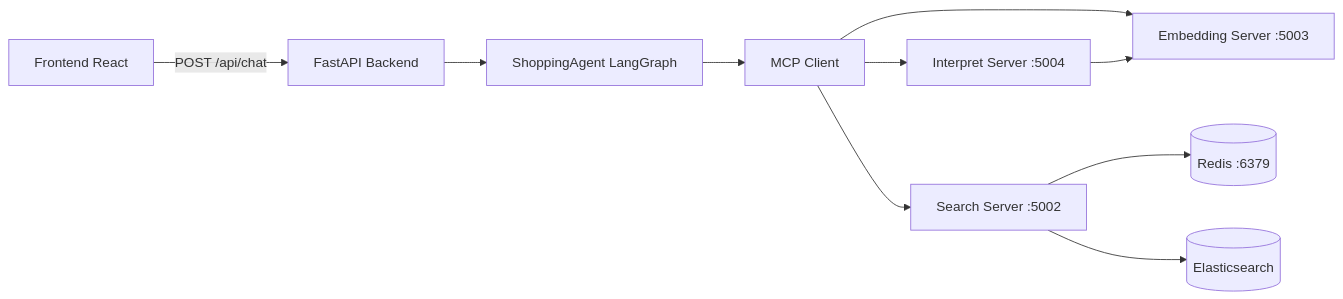
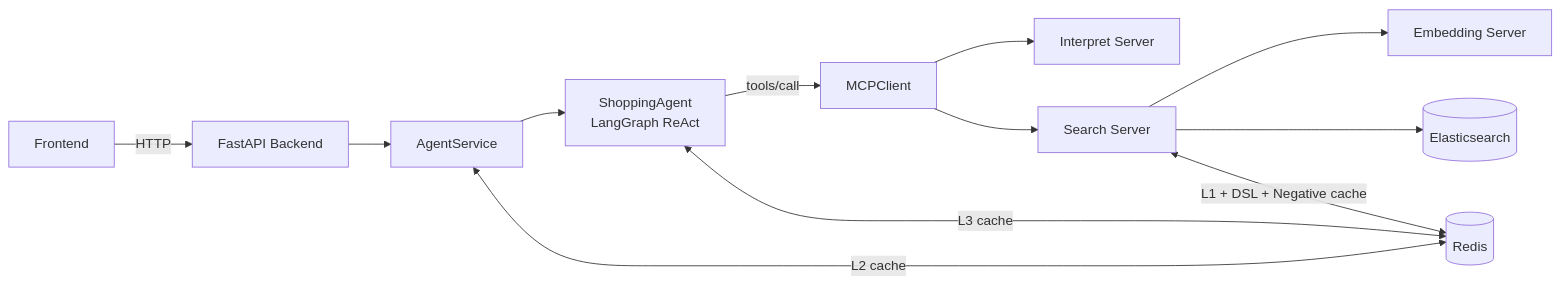
One commit to 11linear11/ShoppingAiAssistant changed the first of 2 diagrams in docs/en/ARCHITECTURE.md. Above: the diagram before and after it, drawn with Mermaid. The commit also changed other lines of this file and 10 other files, not shown here.

````diff
--- a/docs/en/ARCHITECTURE.md
+++ b/docs/en/ARCHITECTURE.md
@@ -11,14 +11,16 @@
 ```mermaid
 flowchart LR
-  FE[Frontend React] -->|POST /api/chat| BE[FastAPI Backend]
-  BE --> AG[ShoppingAgent LangGraph]
-  AG --> IC[MCP Client]
+  FE[Frontend] -->|HTTP| BE[FastAPI Backend]
+  BE --> AS[AgentService]
+  AS --> AG[ShoppingAgent\nLangGraph ReAct]
 
-  IC --> IS[Interpret Server :5004]
-  IC --> SS[Search Server :5002]
-  IC --> ES[Embedding Server :5003]
+  AG -->|tools/call| IC[MCPClient]
+  IC --> INTP[Interpret Server]
+  IC --> SRCH[Search Server]
+  SRCH --> EMB[Embedding Server]
 
-  SS --> REDIS[(Redis :6379)]
-  SS --> ELASTIC[(Elasticsearch)]
-  IS --> ES
+  AS <-->|L2 cache| REDIS[(Redis)]
+  AG <-->|L3 cache| REDIS
+  SRCH <-->|L1 + DSL + Negative cache| REDIS
+  SRCH --> ES[(Elasticsearch)]
 ```
````
